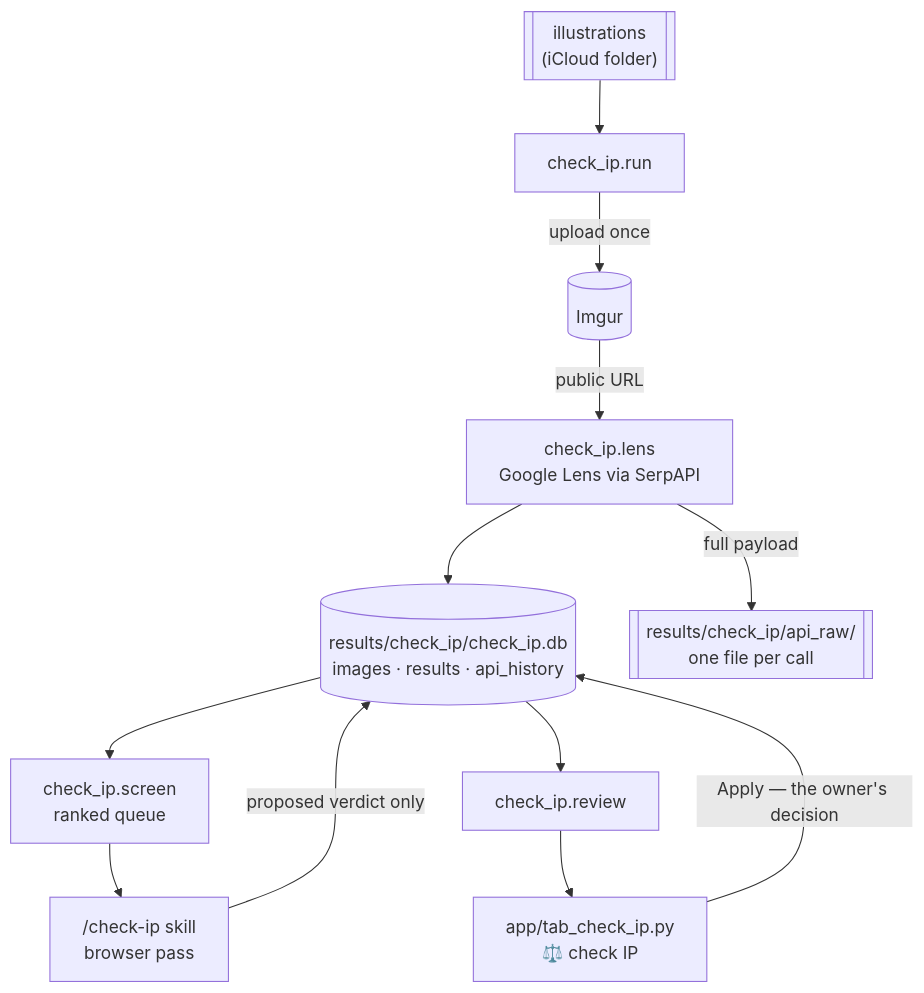
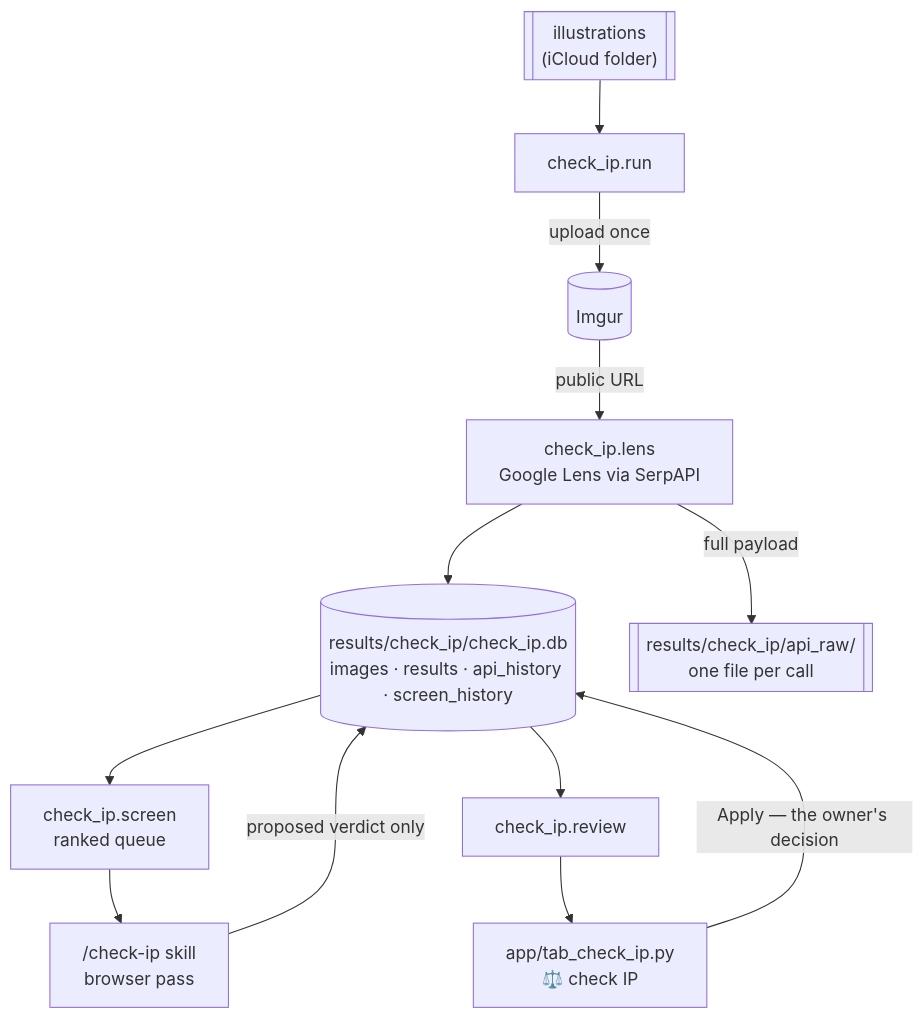
One commit to ferraroroberto/content-management changed the diagram in check_ip/README.md. Above: the diagram before and after it, drawn with Mermaid. The commit also changed other lines of this file and 6 other files, not shown here.

````diff
--- a/check_ip/README.md
+++ b/check_ip/README.md
@@ -16,14 +16,14 @@
 ```mermaid
 flowchart TB
     IMG[["illustrations<br/>(iCloud folder)"]] --> RUN["check_ip.run"]
     RUN -->|"upload once"| IMGUR[("Imgur")]
     IMGUR -->|"public URL"| LENS["check_ip.lens<br/>Google Lens via SerpAPI"]
-    LENS --> STORE[("results/check_ip/check_ip.db<br/>images · results · api_history")]
+    LENS --> STORE[("results/check_ip/check_ip.db<br/>images · results · api_history · screen_history")]
     LENS -->|"full payload"| RAW[["results/check_ip/api_raw/<br/>one file per call"]]
     STORE --> SCREEN["check_ip.screen<br/>ranked queue"]
     SCREEN --> SKILL["/check-ip skill<br/>browser pass"]
     SKILL -->|"proposed verdict only"| STORE
     STORE --> REVIEW["check_ip.review"]
     REVIEW --> TAB["app/tab_check_ip.py<br/>⚖️ check IP"]
     TAB -->|"Apply — the owner's decision"| STORE
 ```
````
